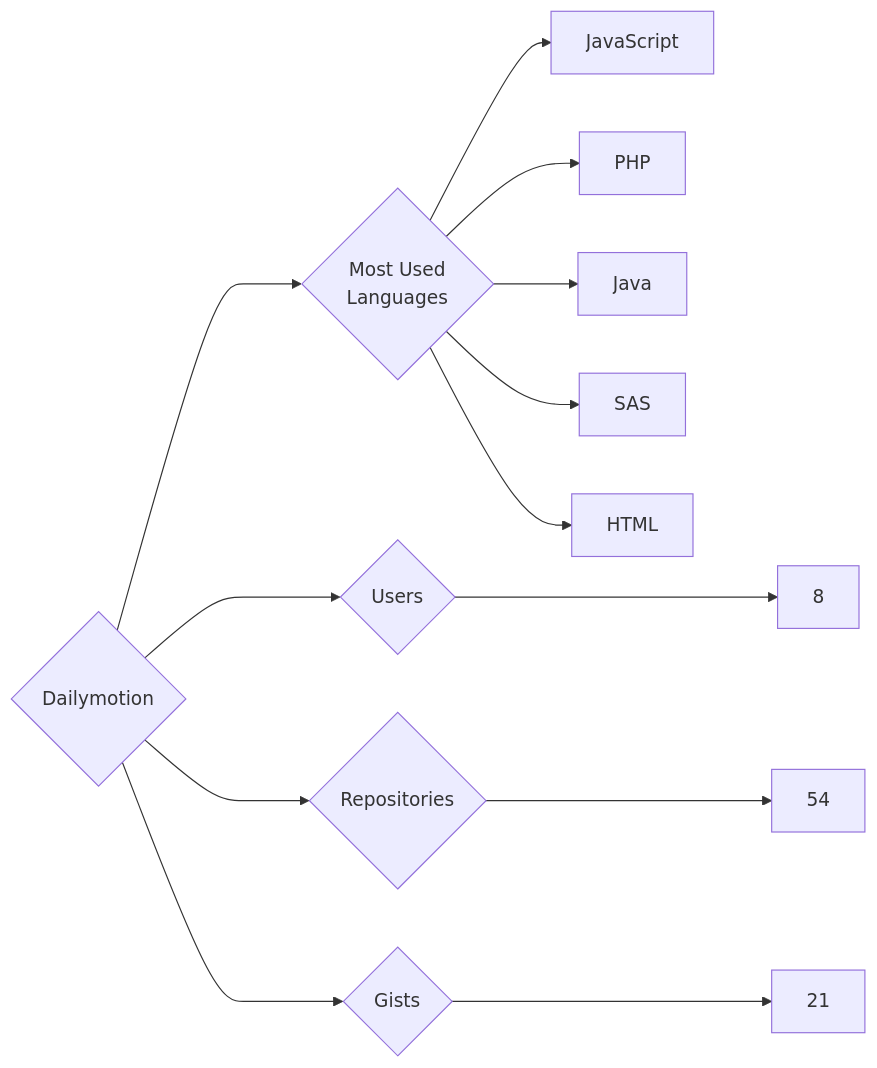
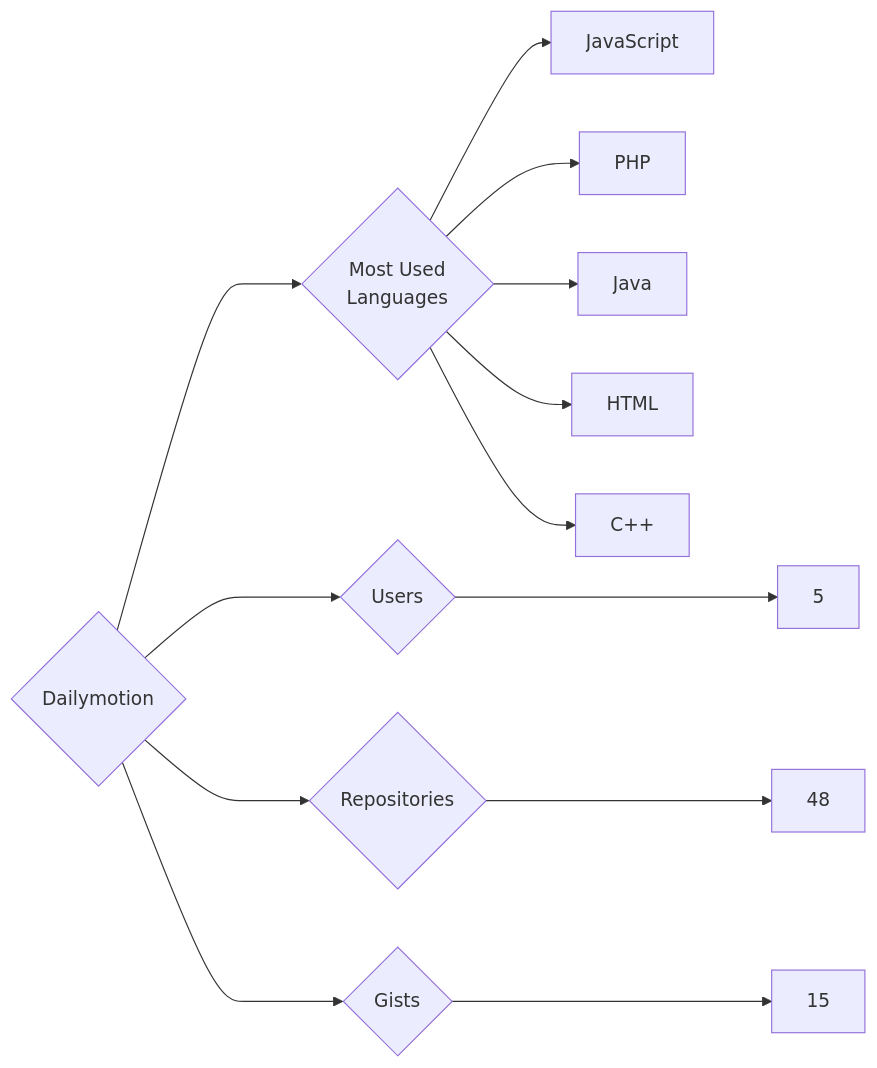
The diagram in targets/Dailymotion/README.md (trickest/insiders), drawn with Mermaid before and after one commit. The commit also changed 783 other files, not shown here.

````diff
--- a/targets/Dailymotion/README.md
+++ b/targets/Dailymotion/README.md
@@ -3,13 +3,13 @@
 ```mermaid
 graph LR
 COMPANY_NAME{Dailymotion}
-COMPANY_NAME ---> U{Users} ---> UN[8]
-COMPANY_NAME ---> R{Repositories} ---> RN[54]
-COMPANY_NAME ---> G{Gists} ---> GN[21]
+COMPANY_NAME ---> U{Users} ---> UN[5]
+COMPANY_NAME ---> R{Repositories} ---> RN[48]
+COMPANY_NAME ---> G{Gists} ---> GN[15]
 COMPANY_NAME ---> ML{Most Used<br>Languages}
 ML --> JavaScript[JavaScript]
 ML --> PHP[PHP]
 ML --> Java[Java]
-ML --> SAS[SAS]
 ML --> HTML[HTML]
+ML --> C++[C++]
 ```
````
